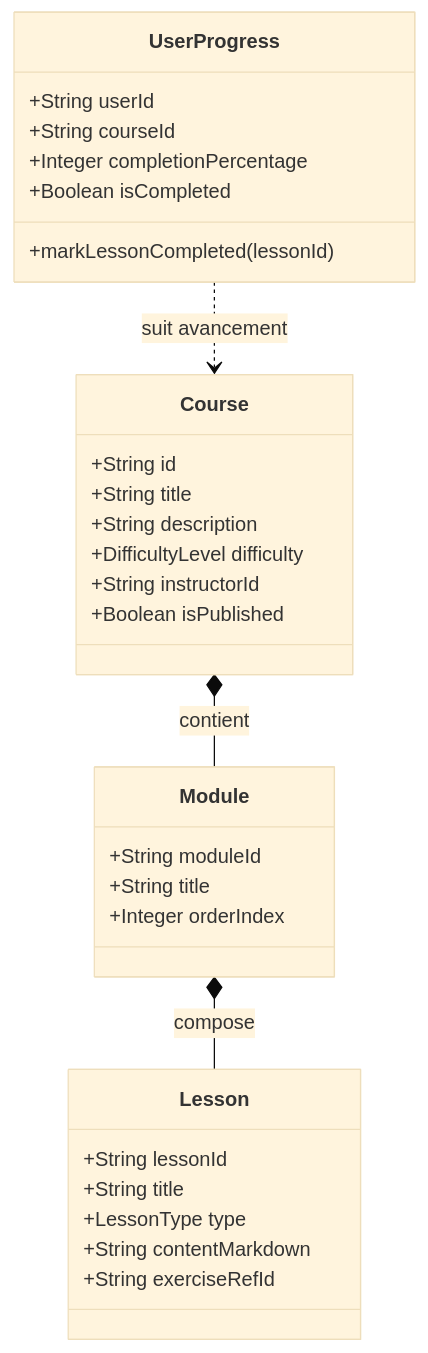
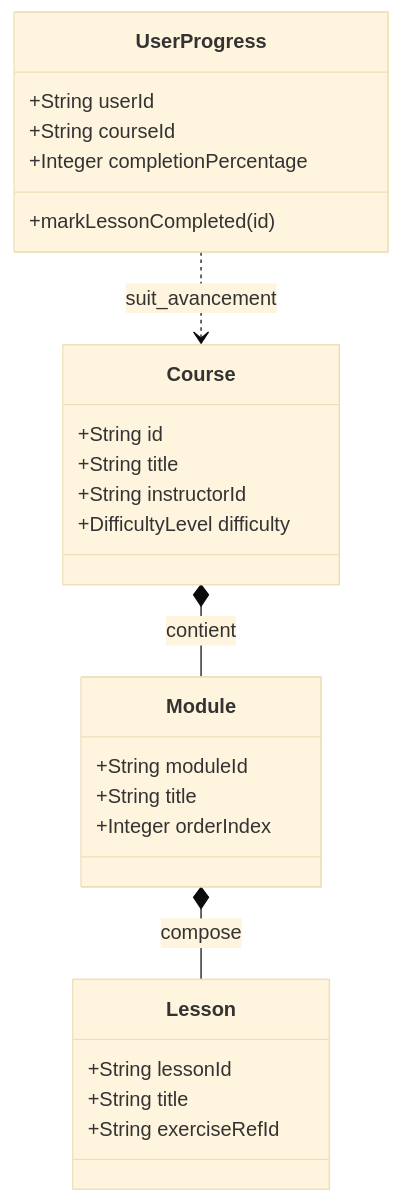
One commit to Architecture-web/projet changed the fourth of 8 diagrams in Documentation/Presentation/Presentation_Seance4.md. Above: the diagram before and after it, drawn with Mermaid (base theme). The commit also changed other lines of this file and 2 other files, not shown here.

````diff
--- a/Documentation/Presentation/Presentation_Seance4.md
+++ b/Documentation/Presentation/Presentation_Seance4.md
@@ -278,33 +289,28 @@
 ```mermaid
 classDiagram
     class Course {
         +String id
         +String title
-        +String description
+        +String instructorId
         +DifficultyLevel difficulty
-        +String instructorId
-        +Boolean isPublished
     }
     class Module {
         +String moduleId
         +String title
         +Integer orderIndex
     }
     class Lesson {
         +String lessonId
         +String title
-        +LessonType type
-        +String contentMarkdown
         +String exerciseRefId
     }
     class UserProgress {
         +String userId
         +String courseId
         +Integer completionPercentage
-        +Boolean isCompleted
-        +markLessonCompleted(lessonId)
+        +markLessonCompleted(id)
     }
     Course *-- Module : contient
     Module *-- Lesson : compose
-    UserProgress ..> Course : suit avancement
+    UserProgress ..> Course : suit_avancement
 ```
````
